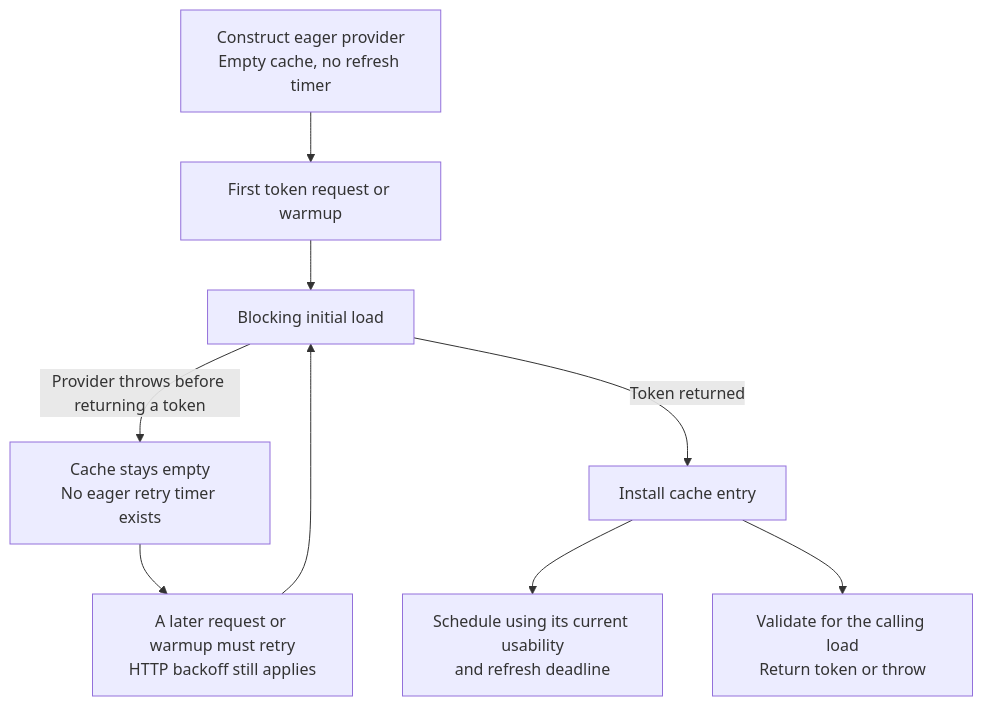
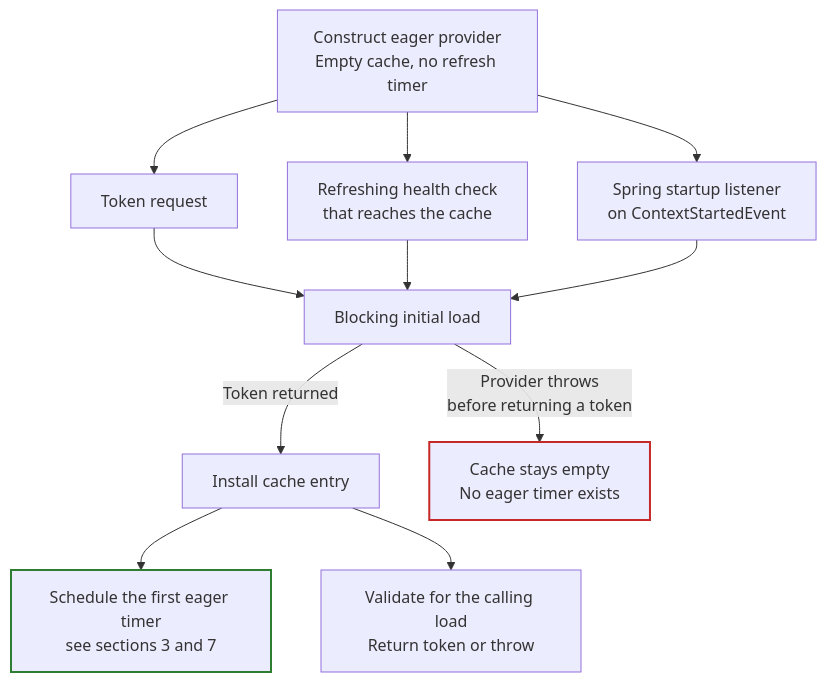
Before and after one commit to entur/jwt-resource-server: the first of 11 diagrams in jwt-client/docs/eager-preemptive-refresh/README.md, drawn with Mermaid. The commit also changed other lines of this file and 1 other file, not shown here.

Commit message:
docs: tidy the refresh guides and update the backoff cap and 5xx refresh notes (#461)
* docs: tidy the refresh guides and update the backoff cap and 5xx refresh notes

* docs: drop the millisecond rounding detail from the eager cooldown figure

---------

````diff
--- a/jwt-client/docs/eager-preemptive-refresh/README.md
+++ b/jwt-client/docs/eager-preemptive-refresh/README.md
@@ -25,11 +25,21 @@
 ```mermaid
 flowchart TD
-    New["Construct eager provider<br/>Empty cache, no refresh timer"] --> Trigger["First token request or warmup"]
-    Trigger --> Load["Blocking initial load"]
-    Load -->|Provider throws before returning a token| Empty["Cache stays empty<br/>No eager retry timer exists"]
-    Empty --> Later["A later request or warmup must retry<br/>HTTP backoff still applies"]
-    Later --> Load
-    Load -->|Token returned| Cache["Install cache entry"]
-    Cache --> Schedule["Schedule using its current usability<br/>and refresh deadline"]
-    Cache --> Validate["Validate for the calling load<br/>Return token or throw"]
+    New["Construct eager provider<br/>Empty cache, no refresh timer"]
+    New --> Request["Token request"]
+    New --> Health["Refreshing health check<br/>that reaches the cache"]
+    New --> Listener["Spring startup listener<br/>on ContextStartedEvent"]
+    Request --> Load["Blocking initial load"]
+    Health --> Load
+    Listener --> Load
+
+    Load -->|Token returned| Install["Install cache entry"]
+    Install --> Schedule["Schedule the first eager timer<br/>see sections 3 and 7"]
+    Install --> Validate["Validate for the calling load<br/>Return token or throw"]
+
+    Load -->|Provider throws<br/>before returning a token| Empty["Cache stays empty<br/>No eager timer exists"]
+
+    classDef ok stroke:#2e7d32,stroke-width:2px
+    classDef failed stroke:#c62828,stroke-width:2px
+    class Schedule ok
+    class Empty failed
 ```
````
